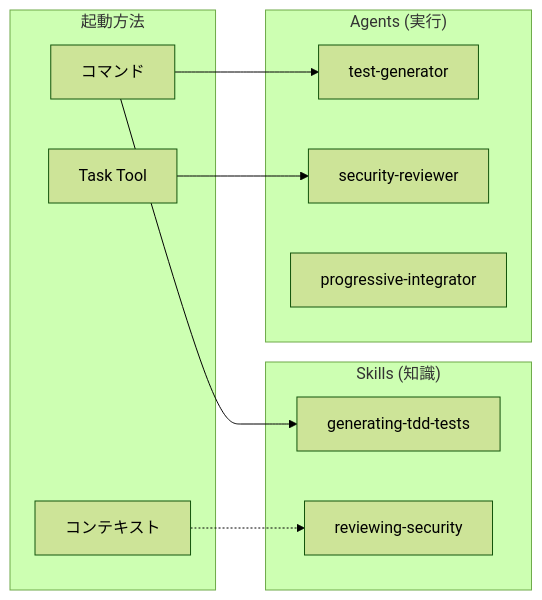
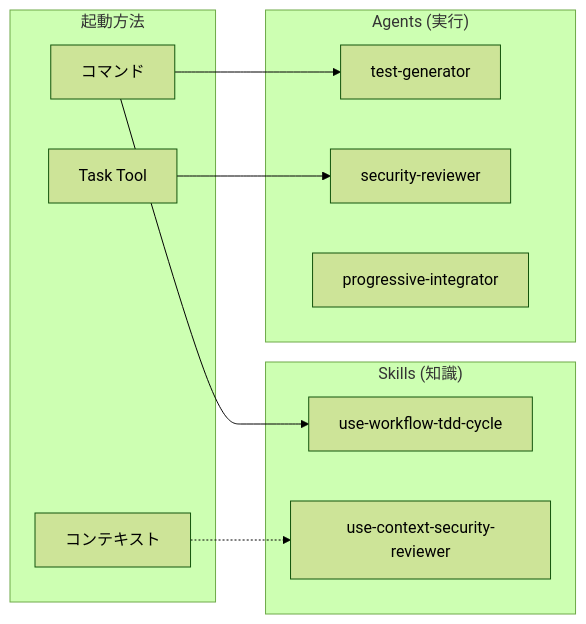
One commit to thkt/dotclaude changed the first of 2 diagrams in .ja/docs/SKILLS_AGENTS.md. Above: the diagram before and after it, drawn with Mermaid (forest theme). The commit also changed other lines of this file and 502 other files, not shown here.

````diff
--- a/.ja/docs/SKILLS_AGENTS.md
+++ b/.ja/docs/SKILLS_AGENTS.md
@@ -9,20 +9,20 @@
 ```mermaid
 graph LR
     subgraph Skills["Skills (知識)"]
-        S1[generating-tdd-tests]
-        S2[reviewing-security]
+        S1[use-workflow-tdd-cycle]
+        S2[use-context-security-reviewer]
     end
 
     subgraph Agents["Agents (実行)"]
         A1[test-generator]
         A2[security-reviewer]
         A3[progressive-integrator]
     end
 
     subgraph Trigger["起動方法"]
         CMD[コマンド] --> S1
         CMD --> A1
         CTX[コンテキスト] -.-> S2
         TASK[Task Tool] --> A2
     end
 ```
````
